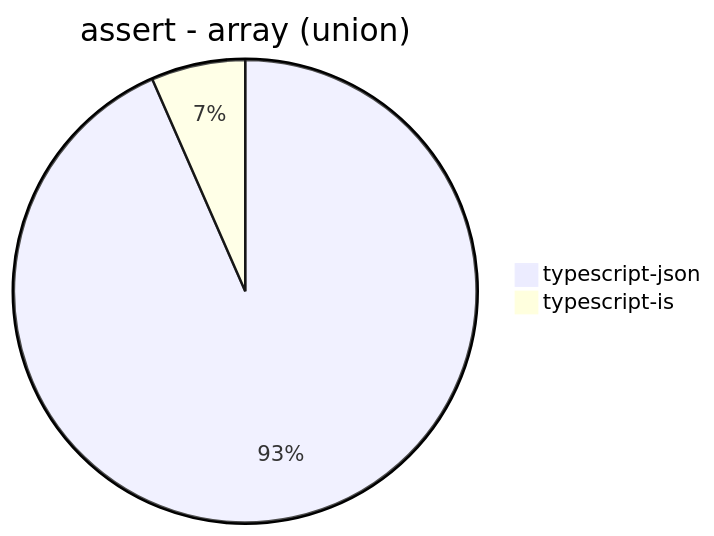
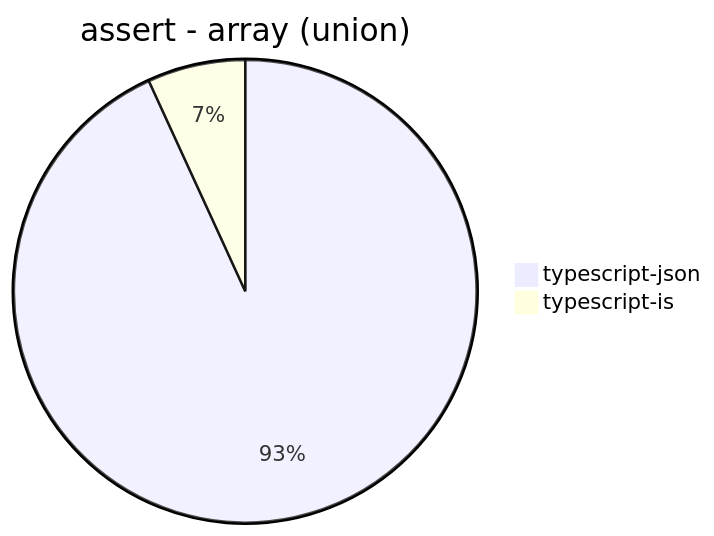
The fifth of 30 diagrams in benchmark/results/Apple M1.md (samchon/typia), drawn with Mermaid before and after one commit. The commit also changed other lines of this file, not shown here.

````diff
--- a/benchmark/results/Apple M1.md
+++ b/benchmark/results/Apple M1.md
@@ -45,5 +46,5 @@
 ```mermaid
 pie title assert - array (union)
-  "typescript-json": 4181.363467951093
-  "typescript-is": 294.2852056257789
+  "typescript-json": 4158.771280532938
+  "typescript-is": 305.410447761194
 ```
````
